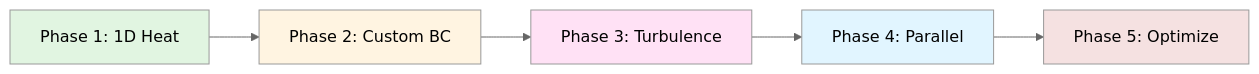
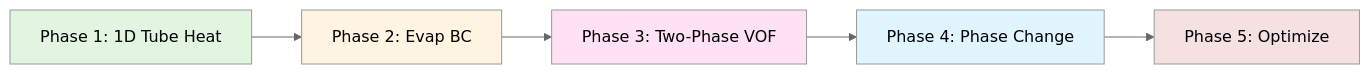
One commit to wramet/build-my-cfd changed the diagram in MODULE_10_CFD_ENGINE_DEVELOPMENT/CONTENT/04_CAPSTONE_PROJECT/00_Project_Overview.md. Above: the diagram before and after it, drawn with Mermaid (neutral theme). The commit also changed other lines of this file and 332 other files, not shown here.

````diff
--- a/MODULE_10_CFD_ENGINE_DEVELOPMENT/CONTENT/04_CAPSTONE_PROJECT/00_Project_Overview.md
+++ b/MODULE_10_CFD_ENGINE_DEVELOPMENT/CONTENT/04_CAPSTONE_PROJECT/00_Project_Overview.md
@@ -33,13 +34,13 @@
 ```mermaid
 flowchart LR
-    P1[Phase 1: 1D Heat] --> P2[Phase 2: Custom BC]
-    P2 --> P3[Phase 3: Turbulence]
-    P3 --> P4[Phase 4: Parallel]
+    P1[Phase 1: 1D Tube Heat] --> P2[Phase 2: Evap BC]
+    P2 --> P3[Phase 3: Two-Phase VOF]
+    P3 --> P4[Phase 4: Phase Change]
     P4 --> P5[Phase 5: Optimize]
-    
+
     style P1 fill:#e1f5e1
     style P2 fill:#fff4e1
     style P3 fill:#ffe1f5
     style P4 fill:#e1f5ff
     style P5 fill:#f5e1e1
 ```
````
